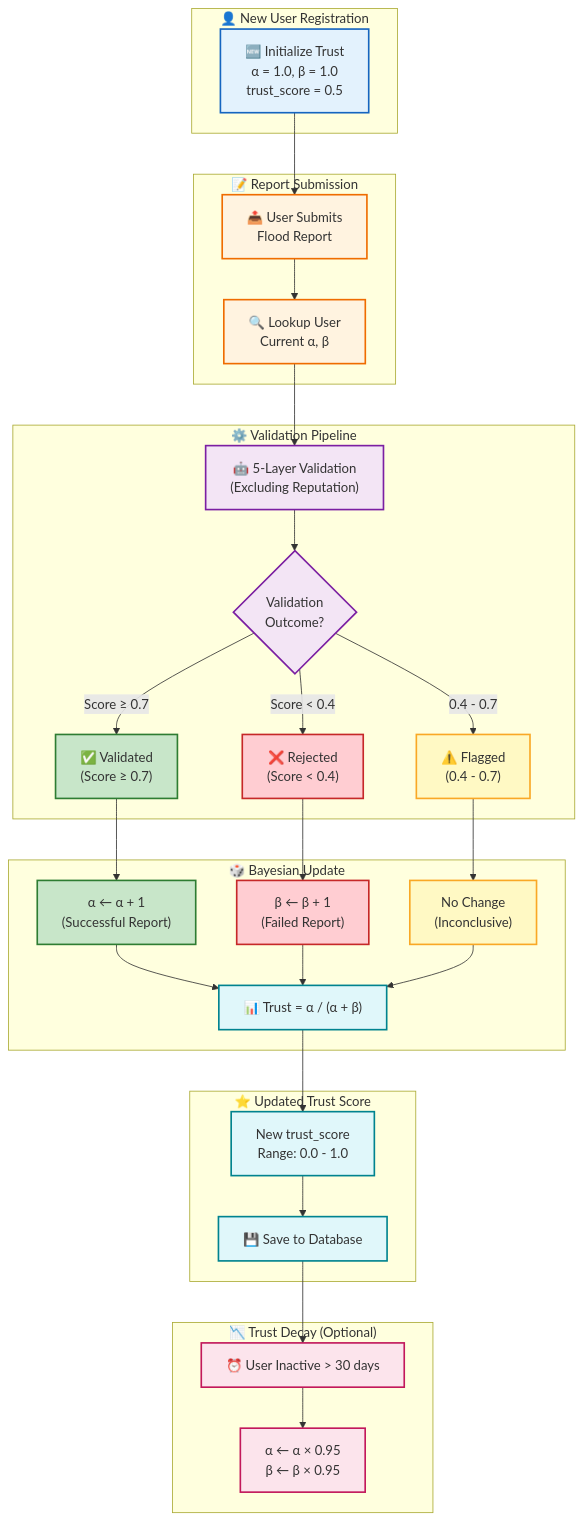
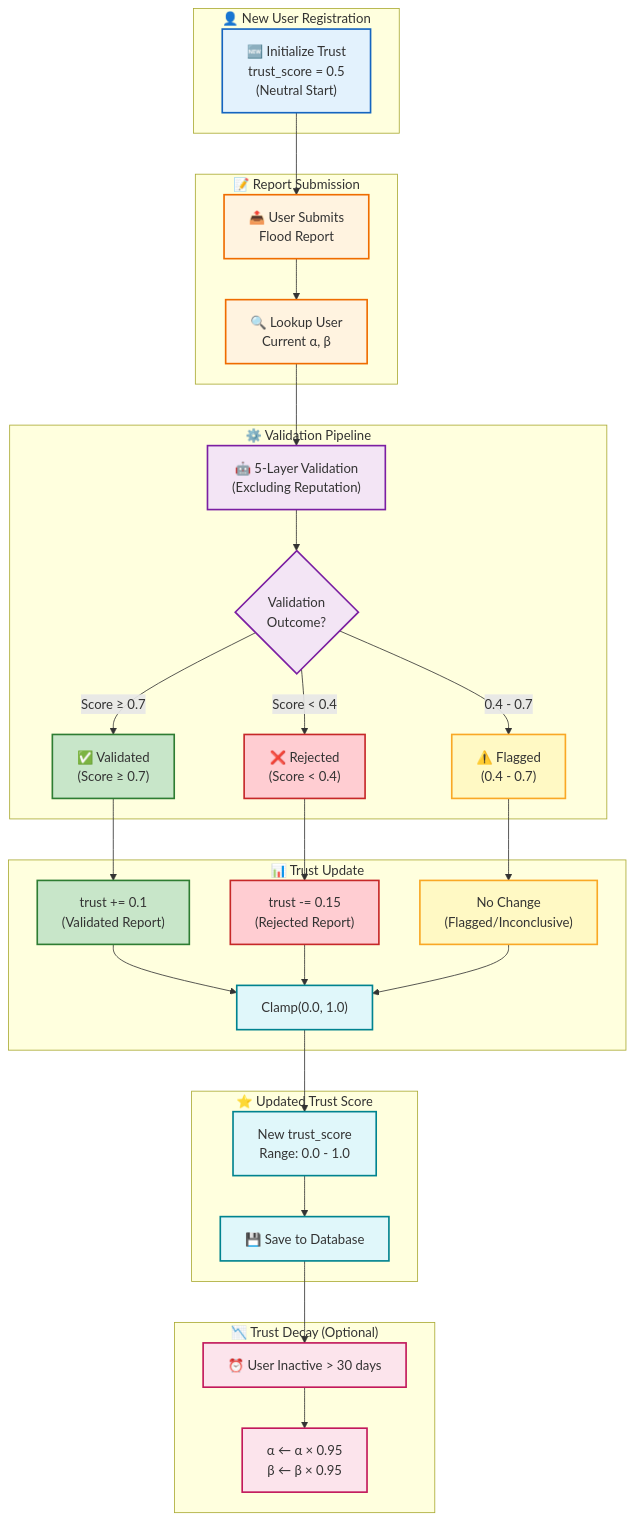
The first of 2 diagrams in results/figures/diagrams/09_trust_score_flow.md (ui07xWizardOp/odisha-flood-validation-system), drawn with Mermaid before and after one commit. The commit also changed other lines of this file and 17 other files, not shown here.

````diff
--- a/results/figures/diagrams/09_trust_score_flow.md
+++ b/results/figures/diagrams/09_trust_score_flow.md
@@ -7,81 +7,81 @@
 ```mermaid
 flowchart TD
     subgraph NewUser["👤 New User Registration"]
-        INIT["🆕 Initialize Trust<br/>α = 1.0, β = 1.0<br/>trust_score = 0.5"]
+        INIT["🆕 Initialize Trust<br/>trust_score = 0.5<br/>(Neutral Start)"]
     end
 
     subgraph ReportSubmission["📝 Report Submission"]
         SUBMIT["📤 User Submits<br/>Flood Report"]
         LOOKUP["🔍 Lookup User<br/>Current α, β"]
     end
 
     subgraph ValidationResult["⚙️ Validation Pipeline"]
         VALIDATE["🤖 5-Layer Validation<br/>(Excluding Reputation)"]
         
         OUTCOME{"Validation<br/>Outcome?"}
         CORRECT["✅ Validated<br/>(Score ≥ 0.7)"]
         INCORRECT["❌ Rejected<br/>(Score < 0.4)"]
         NEUTRAL["⚠️ Flagged<br/>(0.4 - 0.7)"]
     end
 
-    subgraph BayesianUpdate["🎲 Bayesian Update"]
-        UPDATE_ALPHA["α ← α + 1<br/>(Successful Report)"]
-        UPDATE_BETA["β ← β + 1<br/>(Failed Report)"]
-        NO_UPDATE["No Change<br/>(Inconclusive)"]
+    subgraph TrustUpdate["📊 Trust Update"]
+        UPDATE_UP["trust += 0.1<br/>(Validated Report)"]
+        UPDATE_DOWN["trust -= 0.15<br/>(Rejected Report)"]
+        NO_UPDATE["No Change<br/>(Flagged/Inconclusive)"]
         
-        CALC_TRUST["📊 Trust = α / (α + β)"]
+        CLAMP["Clamp(0.0, 1.0)"]
     end
 
     subgraph TrustScore["⭐ Updated Trust Score"]
         NEW_SCORE["New trust_score<br/>Range: 0.0 - 1.0"]
         SAVE["💾 Save to Database"]
     end
 
     subgraph Decay["📉 Trust Decay (Optional)"]
         INACTIVE["⏰ User Inactive > 30 days"]
         DECAY_CALC["α ← α × 0.95<br/>β ← β × 0.95"]
     end
 
     %% Main Flow
     INIT --> SUBMIT
     SUBMIT --> LOOKUP
     LOOKUP --> VALIDATE
     VALIDATE --> OUTCOME
     
     OUTCOME -->|"Score ≥ 0.7"| CORRECT
     OUTCOME -->|"Score < 0.4"| INCORRECT
     OUTCOME -->|"0.4 - 0.7"| NEUTRAL
     
-    CORRECT --> UPDATE_ALPHA
-    INCORRECT --> UPDATE_BETA
+    CORRECT --> UPDATE_UP
+    INCORRECT --> UPDATE_DOWN
     NEUTRAL --> NO_UPDATE
     
-    UPDATE_ALPHA --> CALC_TRUST
-    UPDATE_BETA --> CALC_TRUST
-    NO_UPDATE --> CALC_TRUST
+    UPDATE_UP --> CLAMP
+    UPDATE_DOWN --> CLAMP
+    NO_UPDATE --> CLAMP
     
-    CALC_TRUST --> NEW_SCORE
+    CLAMP --> NEW_SCORE
     NEW_SCORE --> SAVE
     
     SAVE --> INACTIVE
     INACTIVE --> DECAY_CALC
 
     %% Styling
     classDef initNode fill:#e3f2fd,stroke:#1565c0,stroke-width:2px
     classDef submitNode fill:#fff3e0,stroke:#ef6c00,stroke-width:2px
     classDef validateNode fill:#f3e5f5,stroke:#7b1fa2,stroke-width:2px
     classDef successNode fill:#c8e6c9,stroke:#2e7d32,stroke-width:2px
     classDef failNode fill:#ffcdd2,stroke:#c62828,stroke-width:2px
     classDef neutralNode fill:#fff9c4,stroke:#f9a825,stroke-width:2px
     classDef bayesNode fill:#e0f7fa,stroke:#00838f,stroke-width:2px
     classDef decayNode fill:#fce4ec,stroke:#c2185b,stroke-width:2px
 
     class INIT initNode
     class SUBMIT,LOOKUP submitNode
     class VALIDATE,OUTCOME validateNode
-    class CORRECT,UPDATE_ALPHA successNode
-    class INCORRECT,UPDATE_BETA failNode
+    class CORRECT,UPDATE_UP successNode
+    class INCORRECT,UPDATE_DOWN failNode
     class NEUTRAL,NO_UPDATE neutralNode
-    class CALC_TRUST,NEW_SCORE,SAVE bayesNode
+    class CLAMP,NEW_SCORE,SAVE bayesNode
     class INACTIVE,DECAY_CALC decayNode
 ```
````
